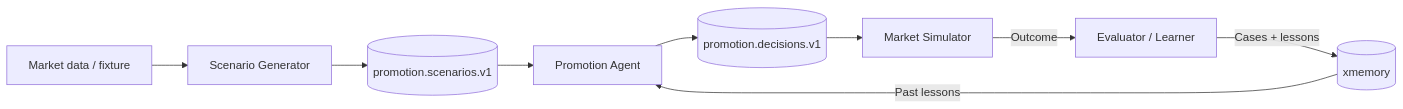
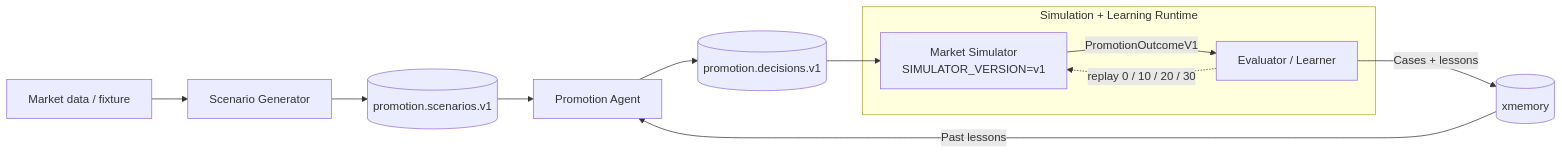
Before and after one commit to podlodka-ai-club/snowball: the diagram in docs/architecture/high-level-architecture.mmd, drawn with Mermaid. The commit also changed 9 other files, not shown here.

Commit message:
Design deterministic Market Simulator

```diff
--- a/docs/architecture/high-level-architecture.mmd
+++ b/docs/architecture/high-level-architecture.mmd
@@ -1,9 +1,16 @@
 flowchart LR
     D[Market data / fixture] --> S[Scenario Generator]
     S --> K1[(promotion.scenarios.v1)]
     K1 --> A[Promotion Agent]
     X[(xmemory)] -->|Past lessons| A
     A --> K2[(promotion.decisions.v1)]
-    K2 --> M[Market Simulator]
-    M -->|Outcome| E[Evaluator / Learner]
+
+    subgraph R["Simulation + Learning Runtime"]
+        M["Market Simulator\nSIMULATOR_VERSION=v1"]
+        E[Evaluator / Learner]
+        M -->|PromotionOutcomeV1| E
+        E -. "replay 0 / 10 / 20 / 30" .-> M
+    end
+
+    K2 --> M
     E -->|Cases + lessons| X
```
